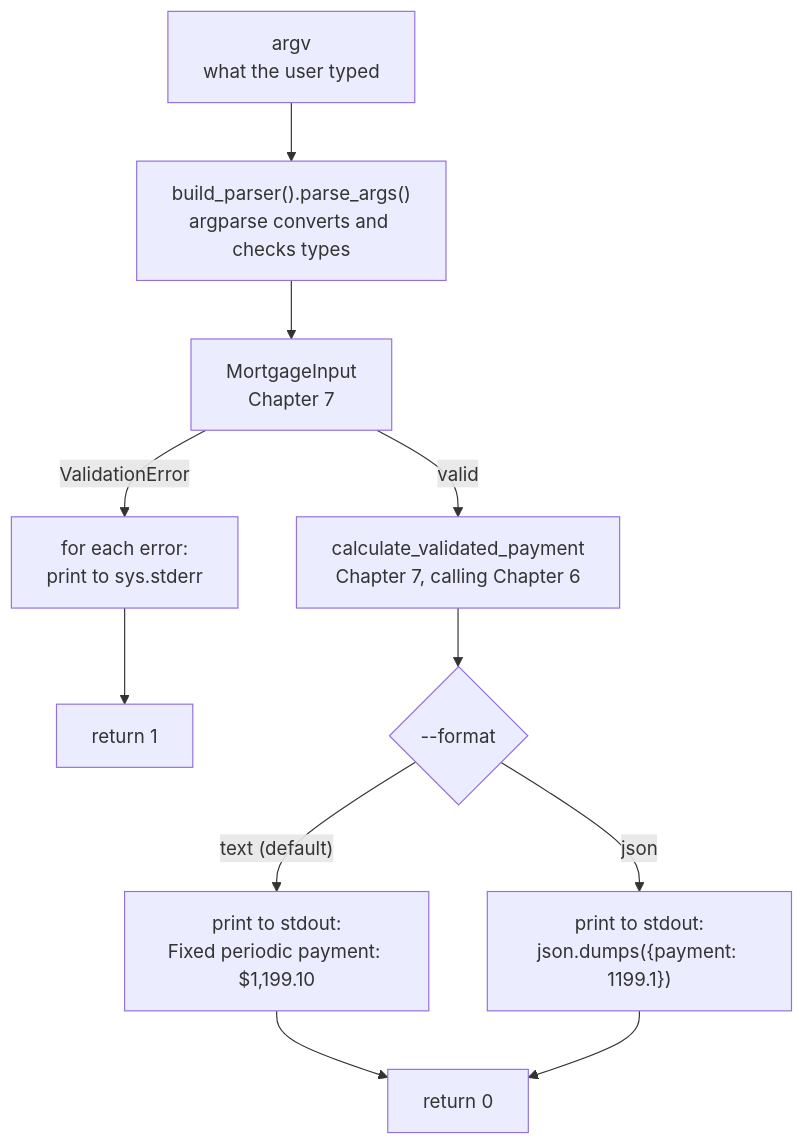
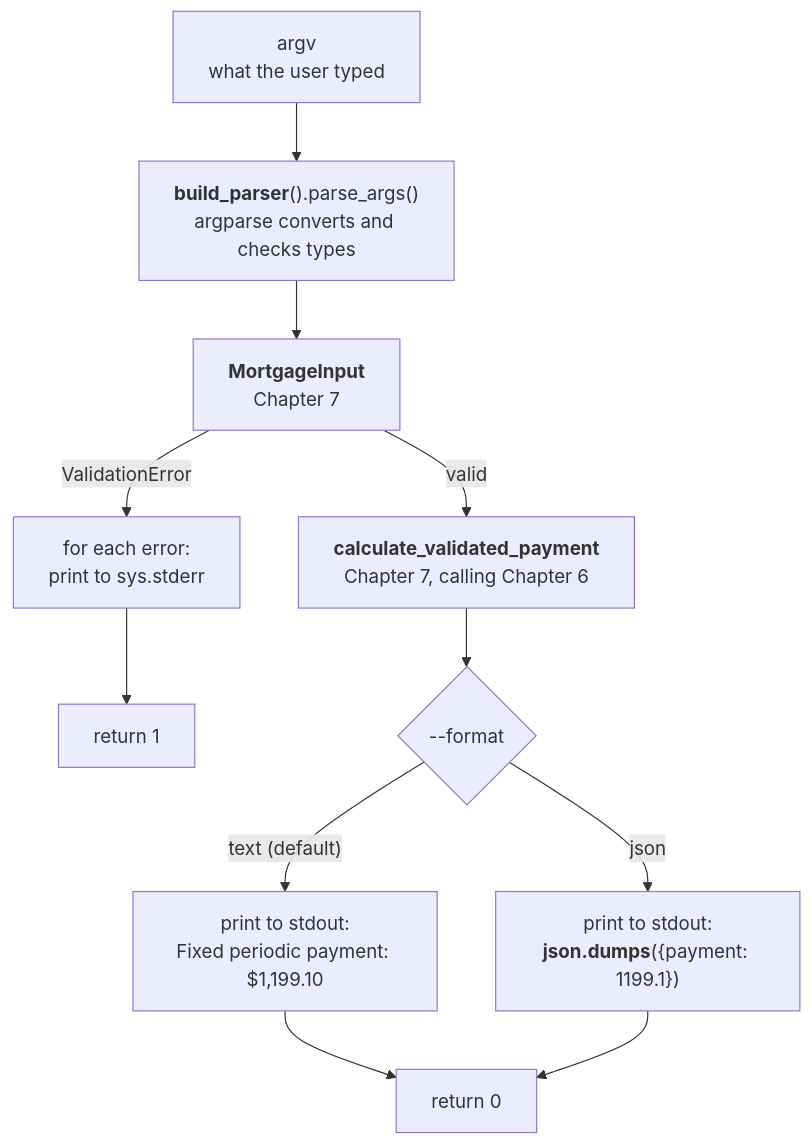
The first of 2 diagrams in manuscript/09-cli.md (rioffe/intro_to_ai_software_engineering), drawn with Mermaid before and after one commit. The commit also changed other lines of this file and 17 other files, not shown here.

First line of the commit message:
Diagram readability pass, and keep diagrams with their intro sentence

````diff
--- a/manuscript/09-cli.md
+++ b/manuscript/09-cli.md
@@ -161,19 +161,19 @@
 ```mermaid
 flowchart TD
     ARGV["argv<br/>what the user typed"]
-    PARSE["build_parser().parse_args()<br/>argparse converts and checks types"]
-    MI["MortgageInput<br/>Chapter 7"]
+    PARSE["<b>build_parser</b>().parse_args()<br/>argparse converts and checks types"]
+    MI["<b>MortgageInput</b><br/>Chapter 7"]
     BAD["for each error:<br/>print to sys.stderr"]
     EXIT1["return 1"]
-    CALC["calculate_validated_payment<br/>Chapter 7, calling Chapter 6"]
+    CALC["<b>calculate_validated_payment</b><br/>Chapter 7, calling Chapter 6"]
     FMT{"--format"}
     TEXT["print to stdout:<br/>Fixed periodic payment: $1,199.10"]
-    JSON["print to stdout:<br/>json.dumps({payment: 1199.1})"]
+    JSON["print to stdout:<br/><b>json.dumps</b>({payment: 1199.1})"]
     EXIT0["return 0"]
 
     ARGV --> PARSE --> MI
     MI -->|"ValidationError"| BAD --> EXIT1
     MI -->|"valid"| CALC --> FMT
     FMT -->|"text (default)"| TEXT --> EXIT0
     FMT -->|"json"| JSON --> EXIT0
 ```
````
